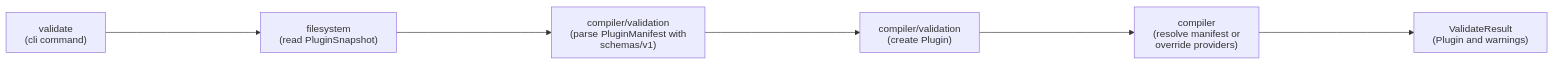
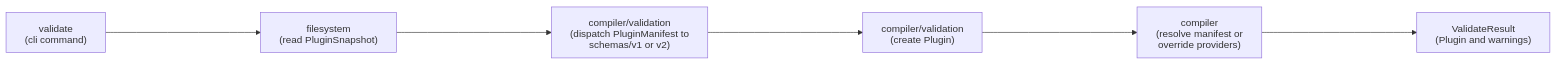
The seventh of 9 diagrams in docs/ARCHITECTURE.md (fam-tung-lam/ptlam-agent-plugin-compiler), drawn with Mermaid before and after one commit. The commit also changed other lines of this file and 65 other files, not shown here.

````diff
--- a/docs/ARCHITECTURE.md
+++ b/docs/ARCHITECTURE.md
@@ -376,33 +411,33 @@
 ```mermaid
 ---
 config:
   htmlLabels: false
 ---
 flowchart LR
     ValidateCommand["`
         validate
         (cli command)
     `"]
     ReadPluginSnapshot["`
         filesystem
         (read PluginSnapshot)
     `"]
     ParsePluginManifest["`
         compiler/validation
-        (parse PluginManifest with schemas/v1)
+        (dispatch PluginManifest to schemas/v1 or v2)
     `"]
     CreatePlugin["`
         compiler/validation
         (create Plugin)
     `"]
     ResolveProviders["`
         compiler
         (resolve manifest or override providers)
     `"]
     ValidateResult["`
         ValidateResult
         (Plugin and warnings)
     `"]
 
     ValidateCommand ------> ReadPluginSnapshot ------> ParsePluginManifest ------> CreatePlugin ------> ResolveProviders ------> ValidateResult
 ```
````
